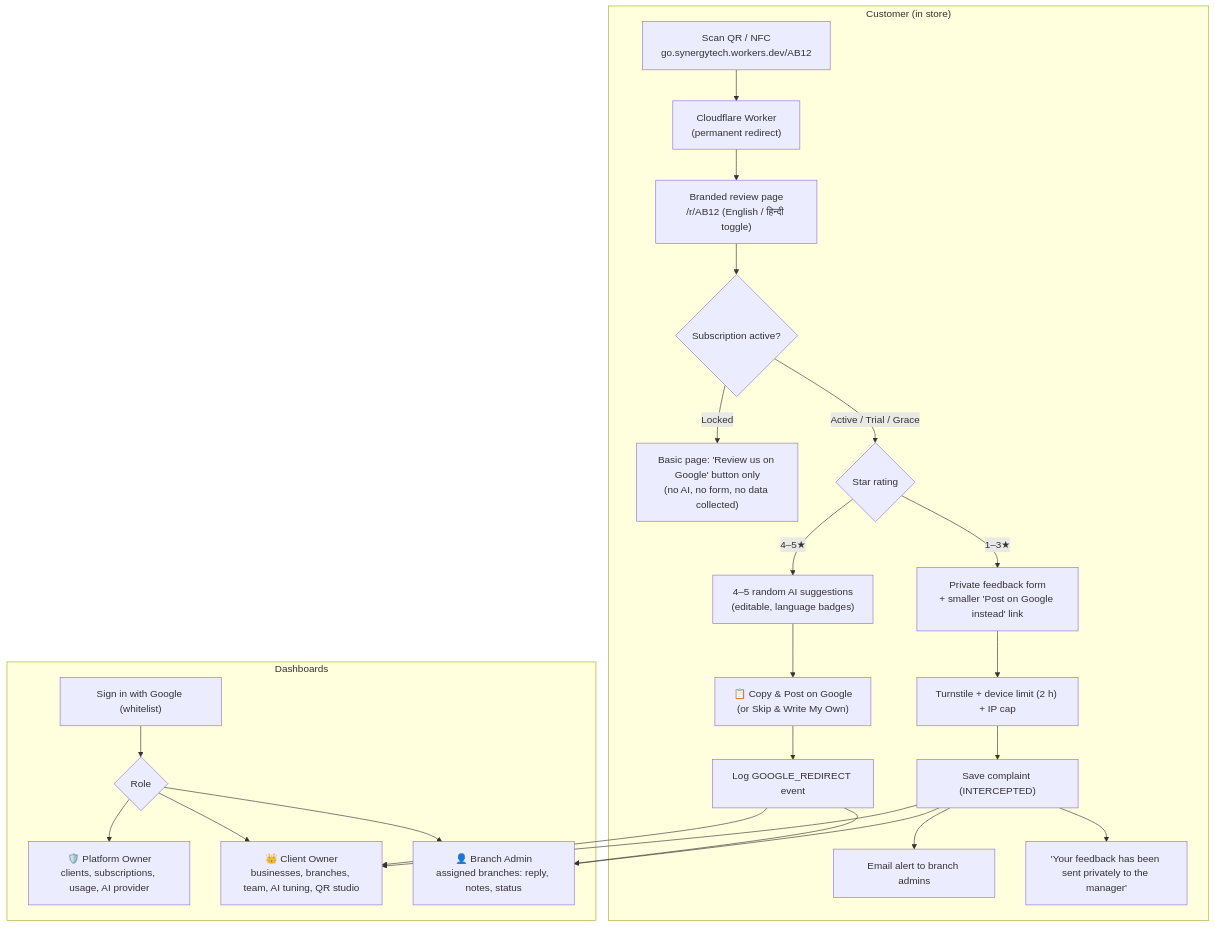
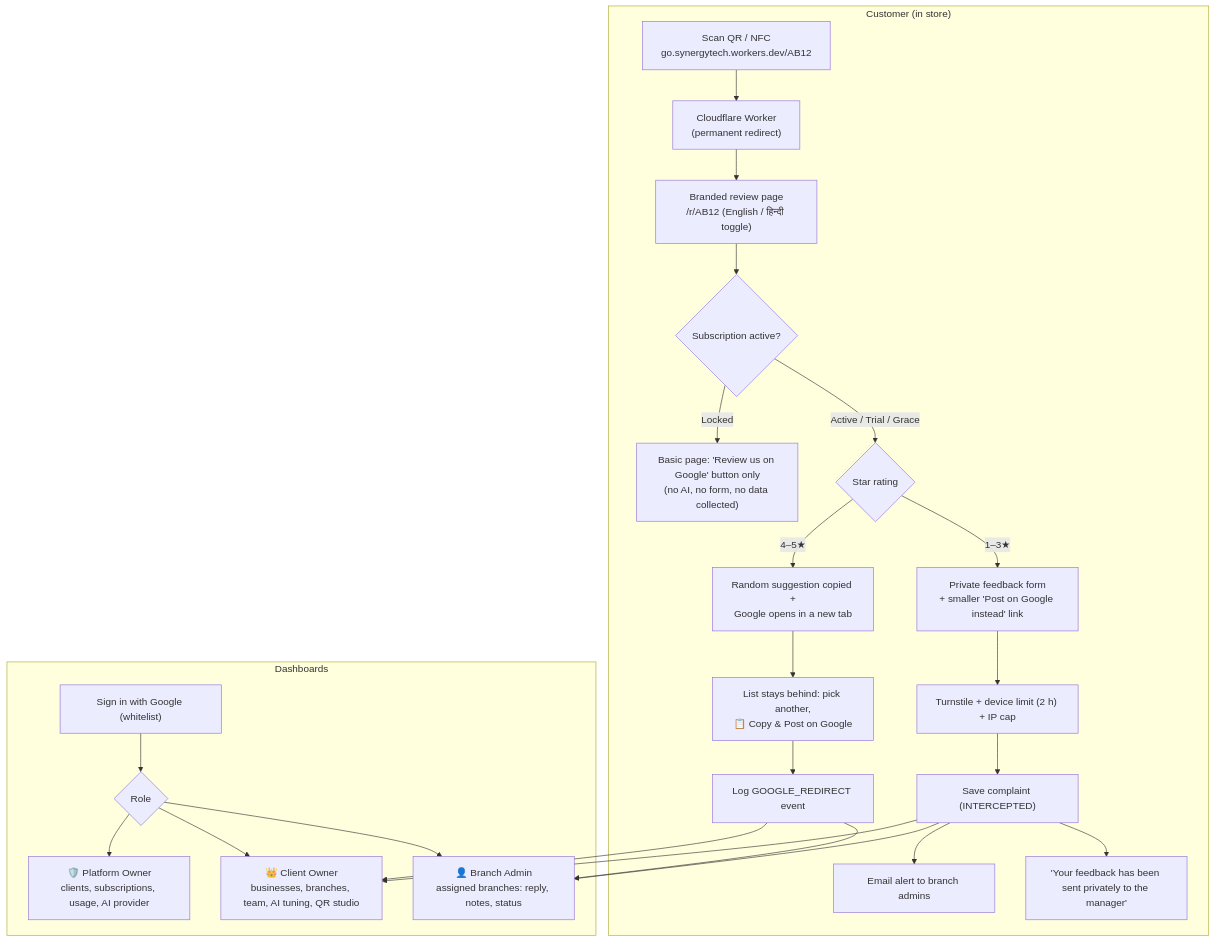
The first of 2 diagrams in docs/SPEC.md (gnpsbina-star/review_dashboard), drawn with Mermaid before and after one commit. The commit also changed other lines of this file and 44 other files, not shown here.

````diff
--- a/docs/SPEC.md
+++ b/docs/SPEC.md
@@ -17,28 +17,28 @@
 ```mermaid
 flowchart TD
     subgraph Customer["Customer (in store)"]
         QR["Scan QR / NFC<br/>go.synergytech.workers.dev/AB12"] --> Worker["Cloudflare Worker<br/>(permanent redirect)"]
         Worker --> Page["Branded review page<br/>/r/AB12 (English / हिन्दी toggle)"]
         Page --> Sub{"Subscription active?"}
         Sub -->|Locked| Basic["Basic page: 'Review us on Google' button only<br/>(no AI, no form, no data collected)"]
         Sub -->|Active / Trial / Grace| Rate{"Star rating"}
-        Rate -->|4–5★| AI["4–5 random AI suggestions<br/>(editable, language badges)"]
-        AI --> Copy["📋 Copy & Post on Google<br/>(or Skip & Write My Own)"]
+        Rate -->|4–5★| AI["Random suggestion copied +<br/>Google opens in a new tab"]
+        AI --> Copy["List stays behind: pick another,<br/>📋 Copy & Post on Google"]
         Copy --> Log["Log GOOGLE_REDIRECT event"]
         Rate -->|1–3★| Form["Private feedback form<br/>+ smaller 'Post on Google instead' link"]
         Form --> Guard["Turnstile + device limit (2 h) + IP cap"]
         Guard --> Save["Save complaint (INTERCEPTED)"]
         Save --> Mail["Email alert to branch admins"]
         Save --> Thanks["'Your feedback has been sent privately to the manager'"]
     end
 
     subgraph Admin["Dashboards"]
         Login["Sign in with Google (whitelist)"] --> Role{"Role"}
         Role --> PO["🛡️ Platform Owner<br/>clients, subscriptions, usage, AI provider"]
         Role --> CO["👑 Client Owner<br/>businesses, branches, team, AI tuning, QR studio"]
         Role --> BA["👤 Branch Admin<br/>assigned branches: reply, notes, status"]
     end
 
     Save --> CO & BA
     Log --> CO & BA
 ```
````
